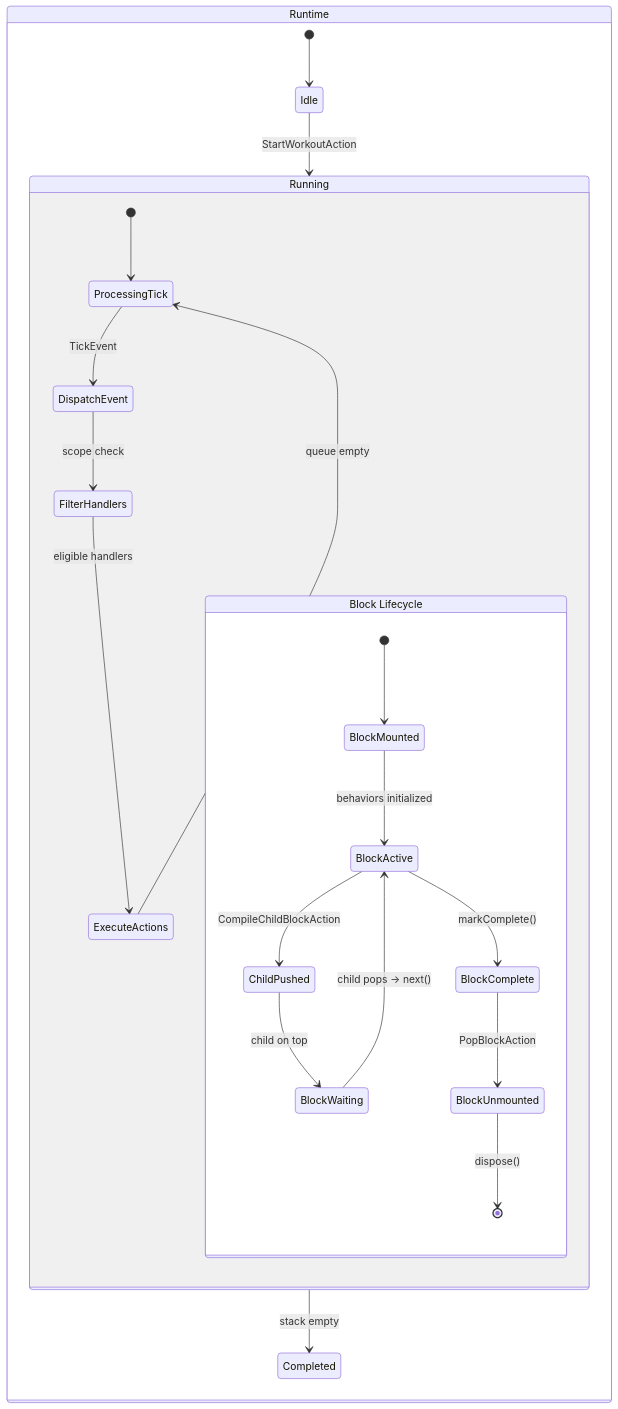
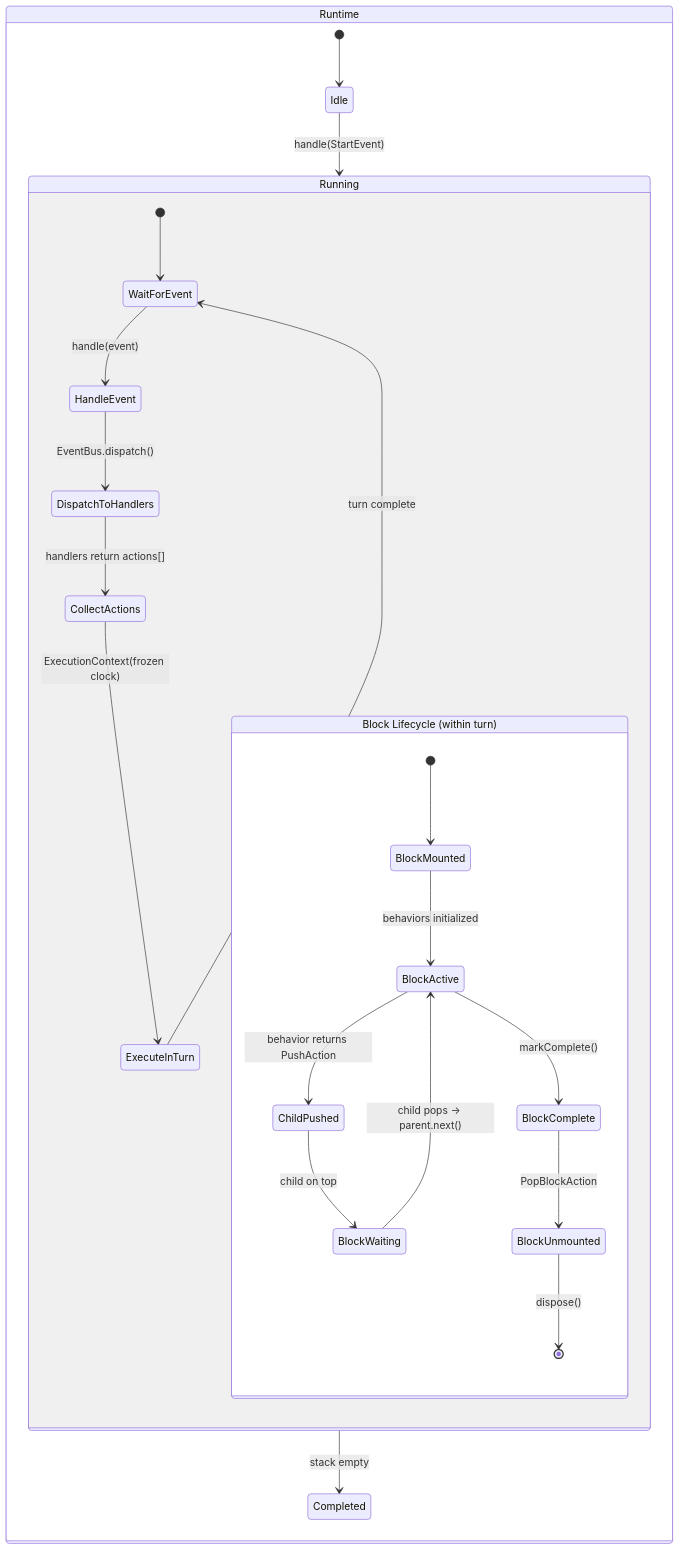
One commit to SergeiGolos/wod-wiki changed diagram 13 of 13 in docs/runtime-state-machine.md. Above: the diagram before and after it, drawn with Mermaid. The commit also changed other lines of this file and 1 other file, not shown here.

````diff
--- a/docs/runtime-state-machine.md
+++ b/docs/runtime-state-machine.md
@@ -798,29 +901,30 @@
 ```mermaid
 stateDiagram-v2
     direction TB
     
     state "Runtime" as RT {
         [*] --> Idle
-        Idle --> Running: StartWorkoutAction
+        Idle --> Running: handle(StartEvent)
         Running --> Completed: stack empty
         
         state "Running" as Running {
-            [*] --> ProcessingTick
-            ProcessingTick --> DispatchEvent: TickEvent
-            DispatchEvent --> FilterHandlers: scope check
-            FilterHandlers --> ExecuteActions: eligible handlers
-            ExecuteActions --> ProcessingTick: queue empty
+            [*] --> WaitForEvent
+            WaitForEvent --> HandleEvent: handle(event)
+            HandleEvent --> DispatchToHandlers: EventBus.dispatch()
+            DispatchToHandlers --> CollectActions: handlers return actions[]
+            CollectActions --> ExecuteInTurn: ExecutionContext(frozen clock)
+            ExecuteInTurn --> WaitForEvent: turn complete
             
-            state "Block Lifecycle" as BL {
+            state "Block Lifecycle (within turn)" as BL {
                 [*] --> BlockMounted
                 BlockMounted --> BlockActive: behaviors initialized
-                BlockActive --> ChildPushed: CompileChildBlockAction
+                BlockActive --> ChildPushed: behavior returns PushAction
                 ChildPushed --> BlockWaiting: child on top
-                BlockWaiting --> BlockActive: child pops → next()
+                BlockWaiting --> BlockActive: child pops → parent.next()
                 BlockActive --> BlockComplete: markComplete()
                 BlockComplete --> BlockUnmounted: PopBlockAction
                 BlockUnmounted --> [*]: dispose()
             }
         }
     }
 ```
````
